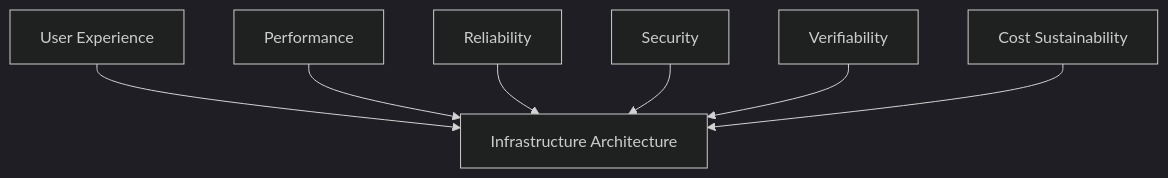
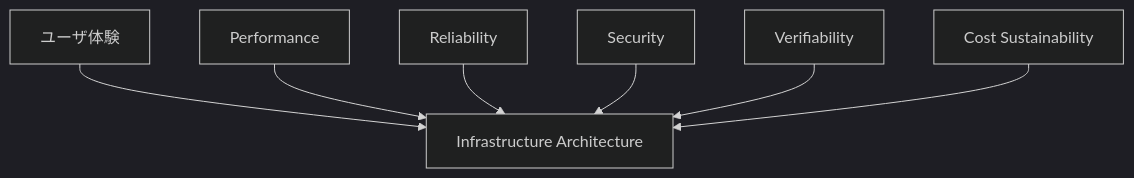
One commit to ShigeichiroYamasaki/creator-first-platform changed the first of 47 diagrams in docs/whitepaper/12-infrastructure-cost.md. Above: the diagram before and after it, drawn with Mermaid (dark theme). The commit also changed other lines of this file and 67 other files, not shown here.

````diff
--- a/docs/whitepaper/12-infrastructure-cost.md
+++ b/docs/whitepaper/12-infrastructure-cost.md
@@ -25,16 +25,16 @@
 ```mermaid
 flowchart TD
-    UX[User Experience]
+    UX[ユーザ体験]
     PERF[Performance]
     REL[Reliability]
     SEC[Security]
     VERIFY[Verifiability]
     COST[Cost Sustainability]
 
     UX --> ARCH[Infrastructure Architecture]
     PERF --> ARCH
     REL --> ARCH
     SEC --> ARCH
     VERIFY --> ARCH
     COST --> ARCH
 ```
````
